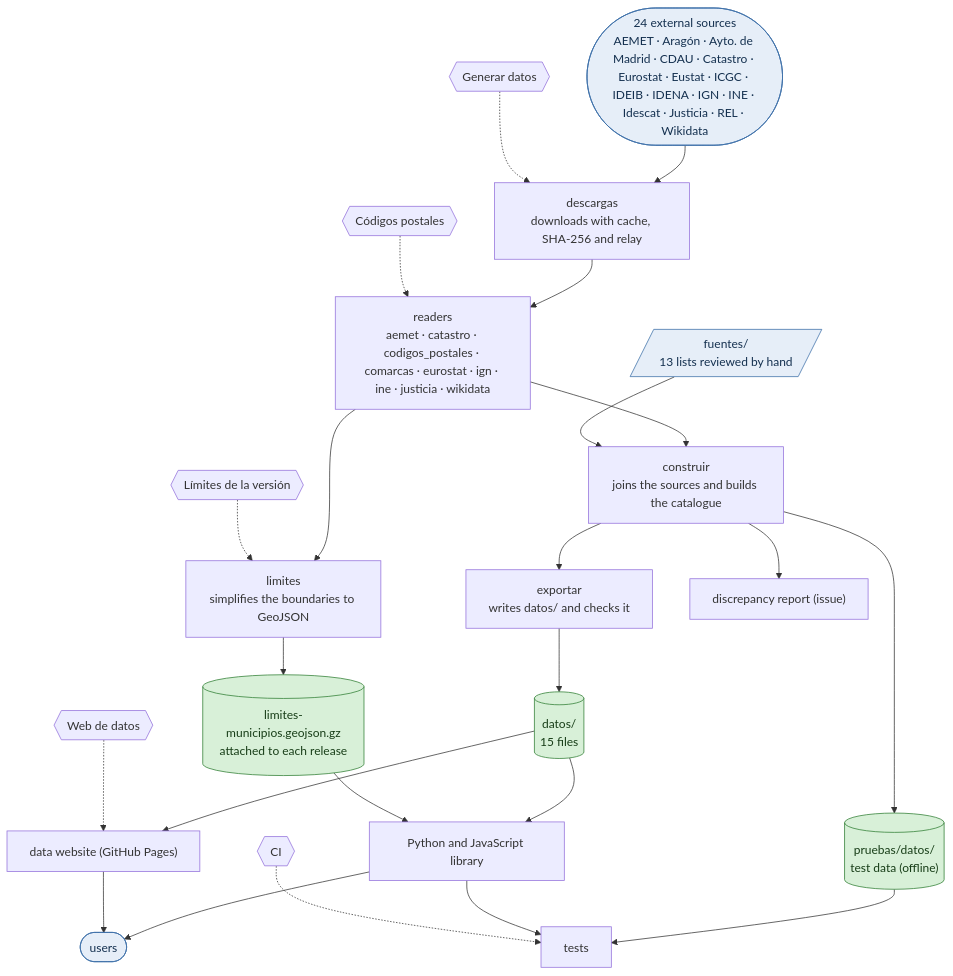
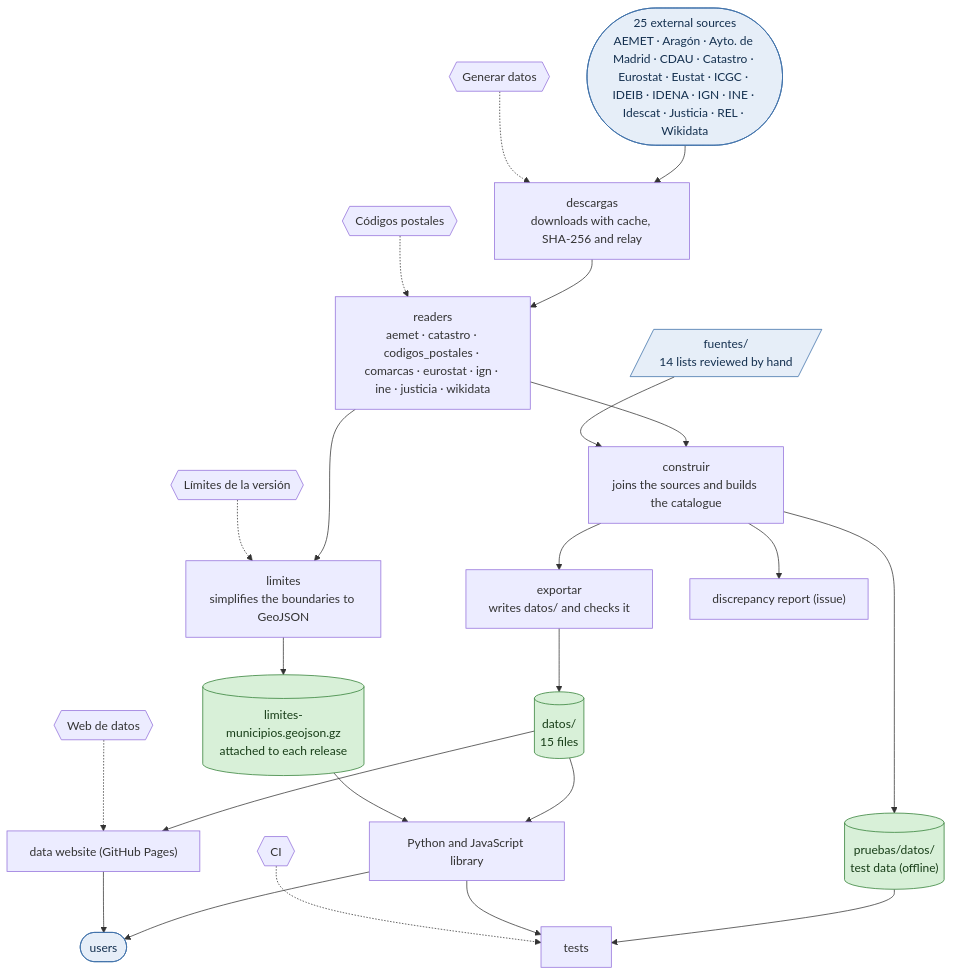
One commit to alertapublica/territorios-es changed the fourth of 6 diagrams in docs/status.md. Above: the diagram before and after it, drawn with Mermaid. The commit also changed other lines of this file and 22 other files, not shown here.

````diff
--- a/docs/status.md
+++ b/docs/status.md
@@ -139,45 +141,45 @@
 ```mermaid
 flowchart TB
   accTitle: Repository
-  ext(["24 external sources<br>AEMET · Aragón · Ayto. de Madrid · CDAU · Catastro · Eurostat · Eustat · ICGC · IDEIB · IDENA · IGN · INE · Idescat · Justicia · REL · Wikidata"])
-  hand[/"fuentes/<br>13 lists reviewed by hand"/]
+  ext(["25 external sources<br>AEMET · Aragón · Ayto. de Madrid · CDAU · Catastro · Eurostat · Eustat · ICGC · IDEIB · IDENA · IGN · INE · Idescat · Justicia · REL · Wikidata"])
+  hand[/"fuentes/<br>14 lists reviewed by hand"/]
   descargas["descargas<br>downloads with cache, SHA-256 and relay"]
   readers["readers<br>aemet · catastro · codigos_postales · comarcas · eurostat · ign · ine · justicia · wikidata"]
   construir["construir<br>joins the sources and builds the catalogue"]
   exportar["exportar<br>writes datos/ and checks it"]
   limites["limites<br>simplifies the boundaries to GeoJSON"]
   datos[("datos/<br>15 files")]
   geo[("limites-municipios.geojson.gz<br>attached to each release")]
   report["discrepancy report (issue)"]
   lib["Python and JavaScript library"]
   web["data website (GitHub Pages)"]
   users(["users"])
   fixture[("pruebas/datos/<br>test data (offline)")]
   tests["tests"]
   ext --> descargas --> readers --> construir --> exportar --> datos
   hand --> construir
   readers --> limites --> geo
   construir --> report
   datos --> lib
   geo --> lib
   datos --> web
   lib --> users
   web --> users
   construir --> fixture --> tests
   lib --> tests
   wf_ci_yml{{"CI"}}
   wf_generar_yml{{"Generar datos"}}
   wf_codigos_postales_yml{{"Códigos postales"}}
   wf_limites_yml{{"Límites de la versión"}}
   wf_pages_yml{{"Web de datos"}}
   wf_generar_yml -.-> descargas
   wf_codigos_postales_yml -.-> readers
   wf_limites_yml -.-> limites
   wf_pages_yml -.-> web
   wf_ci_yml -.-> tests
   class datos,geo,fixture done
   class ext,hand,users box
   classDef done fill:#d8f0d8,stroke:#2e7d32,color:#173d17
   classDef todo fill:#fdecc8,stroke:#b26a00,color:#4a2c00,stroke-dasharray:4 3
   classDef box fill:#e6eef8,stroke:#3b6ea8,color:#14304f
 ```
````
